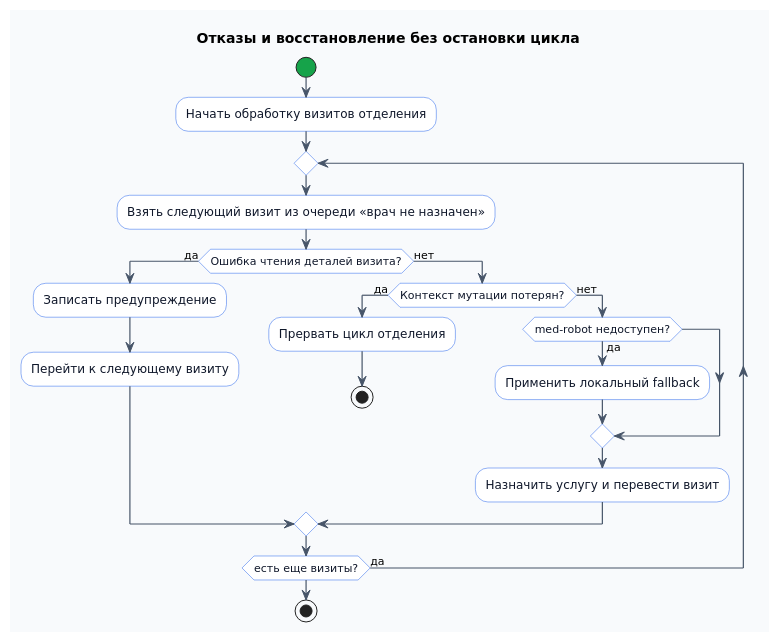
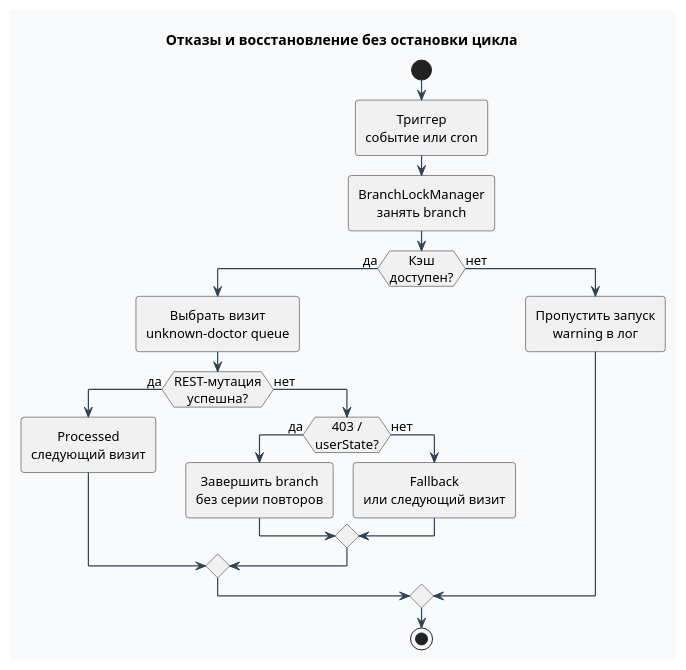
The diagram in docs/plantuml/failure-recovery-flow.puml (psokolov25/DoctorAssignment), drawn with PlantUML before and after one commit. The commit also changed 35 other files, not shown here.

Commit message:
Доработал диаграммы

```diff
--- a/docs/plantuml/failure-recovery-flow.puml
+++ b/docs/plantuml/failure-recovery-flow.puml
@@ -1,35 +1,107 @@
 @startuml
+title Отказы и восстановление без остановки цикла
+
+' Единый профиль диаграмм документации Doctor Assistant.
+' Акцент: аккуратная business/UML-нотация, прозрачные подписи стрелок,
+' ровная сетка, короткие технические подписи и читаемый шрифт без засечек.
 skinparam backgroundColor #F8FAFC
-skinparam defaultFontName "DejaVu Sans"
 skinparam shadowing false
-skinparam ArrowColor #475569
+skinparam defaultFontName "Segoe UI"
+skinparam defaultFontSize 13
+skinparam defaultTextAlignment center
+skinparam wrapWidth 170
+skinparam maxMessageSize 120
+skinparam linetype ortho
+skinparam ArrowColor #334155
 skinparam ArrowThickness 1.2
-skinparam activity {
+skinparam packageStyle rectangle
+skinparam componentStyle uml2
+skinparam classAttributeIconSize 0
+skinparam handwritten false
+skinparam RoundCorner 6
+skinparam nodesep 38
+skinparam ranksep 46
+skinparam package {
   BackgroundColor #FFFFFF
-  BorderColor #2563EB
-  FontColor #0F172A
-  StartColor #16A34A
-  EndColor #DC2626
+  BorderColor #7C3AED
+  FontColor #111827
 }
-title Отказы и восстановление без остановки цикла
+skinparam component {
+  BackgroundColor #E0F2FE
+  BorderColor #0369A1
+  FontColor #111827
+}
+skinparam interface {
+  BackgroundColor #F8FAFC
+  BorderColor #64748B
+  FontColor #111827
+}
+skinparam database {
+  BackgroundColor #DCFCE7
+  BorderColor #15803D
+  FontColor #111827
+}
+skinparam artifact {
+  BackgroundColor #FEF3C7
+  BorderColor #B45309
+  FontColor #111827
+}
+skinparam node {
+  BackgroundColor #FFFFFF
+  BorderColor #64748B
+  FontColor #111827
+}
+skinparam note {
+  BackgroundColor #FEF3C7
+  BorderColor #B45309
+  FontColor #111827
+}
+skinparam actor {
+  BorderColor #475569
+  FontColor #111827
+}
+skinparam sequence {
+  ArrowColor #334155
+  ArrowThickness 1.2
+  LifeLineBorderColor #CBD5E1
+  LifeLineBackgroundColor transparent
+  ParticipantBackgroundColor #E0F2FE
+  ParticipantBorderColor #0369A1
+  ParticipantFontColor #111827
+  GroupBorderColor #94A3B8
+  GroupBackgroundColor transparent
+  GroupFontColor #334155
+  BoxBackgroundColor transparent
+  BoxBorderColor #CBD5E1
+}
+skinparam responseMessageBelowArrow true
+
 start
-:Начать обработку визитов отделения;
-repeat
-  :Взять следующий визит из очереди «врач не назначен»;
-  if (Ошибка чтения деталей визита?) then (да)
-    :Записать предупреждение;
-    :Перейти к следующему визиту;
+:Триггер
+событие или cron;
+:BranchLockManager
+занять branch;
+if (Кэш
+доступен?) then (да)
+  :Выбрать визит
+unknown-doctor queue;
+  if (REST-мутация
+успешна?) then (да)
+    :Processed
+следующий визит;
   else (нет)
-    if (Контекст мутации потерян?) then (да)
-      :Прервать цикл отделения;
-      stop
+    if (403 /
+userState?) then (да)
+      :Завершить branch
+без серии повторов;
     else (нет)
-      if (med-robot недоступен?) then (да)
-        :Применить локальный fallback;
-      endif
-      :Назначить услугу и перевести визит;
+      :Fallback
+или следующий визит;
     endif
   endif
-repeat while (есть еще визиты?) is (да)
+else (нет)
+  :Пропустить запуск
+warning в лог;
+endif
 stop
 @enduml
```
